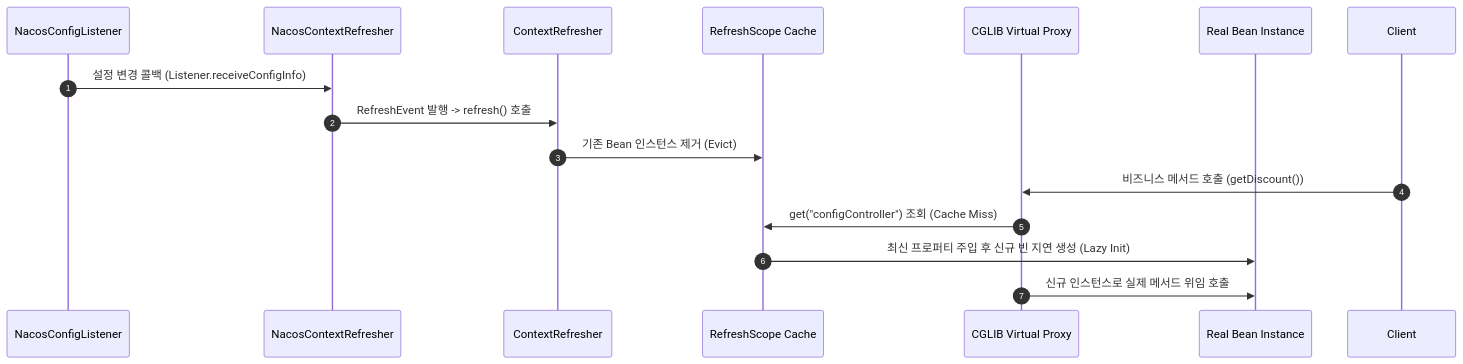
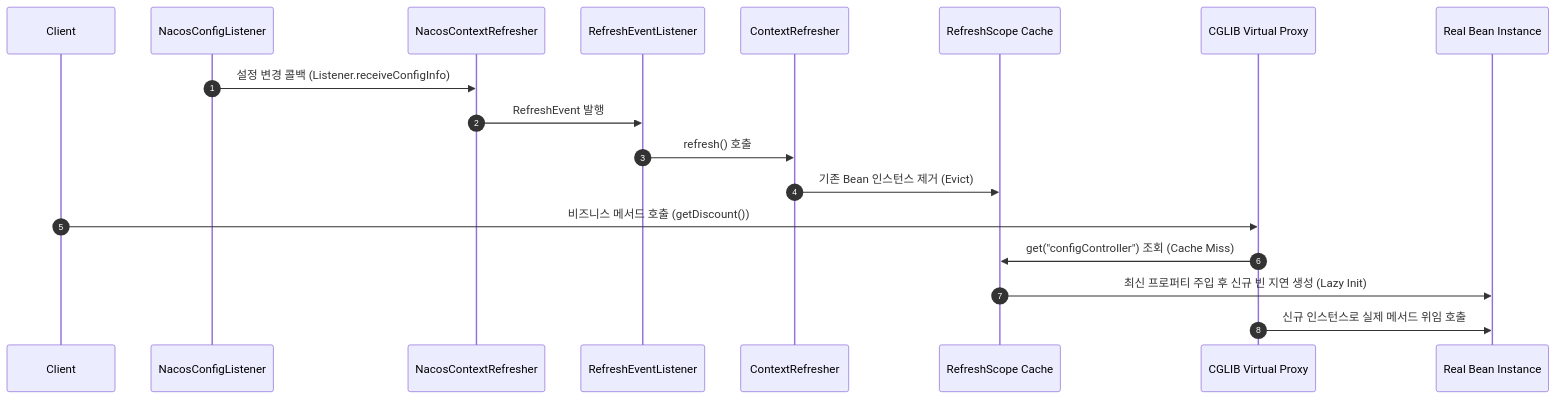
The sixth of 7 diagrams in src/content/posts/nacos-architecture-and-internals.md (studylida/studylida.github.io), drawn with Mermaid before and after one commit. The commit also changed other lines of this file and 18 other files, not shown here.

````diff
--- a/src/content/posts/nacos-architecture-and-internals.md
+++ b/src/content/posts/nacos-architecture-and-internals.md
@@ -206,18 +206,21 @@
 ```mermaid
 sequenceDiagram
     autonumber
+    participant Client
     participant Event as NacosConfigListener
     participant NCR as NacosContextRefresher
+    participant REL as RefreshEventListener
     participant CR as ContextRefresher
     participant Scope as RefreshScope Cache
     participant Proxy as CGLIB Virtual Proxy
     participant Target as Real Bean Instance
 
     Event->>NCR: 설정 변경 콜백 (Listener.receiveConfigInfo)
-    NCR->>CR: RefreshEvent 발행 -> refresh() 호출
+    NCR->>REL: RefreshEvent 발행
+    REL->>CR: refresh() 호출
     CR->>Scope: 기존 Bean 인스턴스 제거 (Evict)
     Client->>Proxy: 비즈니스 메서드 호출 (getDiscount())
     Proxy->>Scope: get("configController") 조회 (Cache Miss)
     Scope->>Target: 최신 프로퍼티 주입 후 신규 빈 지연 생성 (Lazy Init)
     Proxy->>Target: 신규 인스턴스로 실제 메서드 위임 호출
 ```
````
